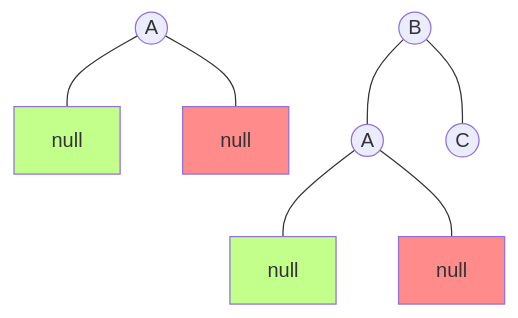
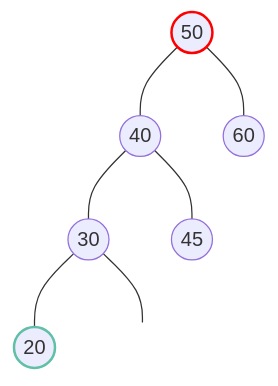
One commit to chupai/website-hugo changed the ninth of 14 diagrams in content/posts/2007/ds_avl-tree.md. Above: the diagram before and after it, drawn with Mermaid. The commit also changed other lines of this file and 49 other files, not shown here.

````diff
--- a/content/posts/2007/ds_avl-tree.md
+++ b/content/posts/2007/ds_avl-tree.md
@@ -119,17 +231,13 @@
 ```mermaid
 graph TB;
-  A((A)) --- n1[null] & n2[null];
-  classDef n1 fill:#c2ff8b;
-  classDef n2 fill:#ff8b8b;
-  classDef n3 fill:#fff68b;
+  A((50)) --- B((40)) & C((60));
+  B((40)) --- D((30)) & E((45));
+  D((30)) --- F((20)) & n1((null));
 
-  BB((B)) --- AA((A)) & C((C));
-  AA((A)) --- nn1[null] & nn2[null];
-  classDef n1 fill:#c2ff8b;
-  classDef n2 fill:#ff8b8b;
-
-  n1:::n1;
-  n2:::n2;
-  nn1:::n1;
-  nn2:::n2;
+  class A red;
+  class F green;
+  class n1,n2 transparent;
+  classDef red stroke:red,stroke-width:2px;
+  classDef green stroke:#61bfa6,stroke-width:2px;
+  classDef transparent fill:transparent,color:transparent,stroke:transparent;
 ```
````
